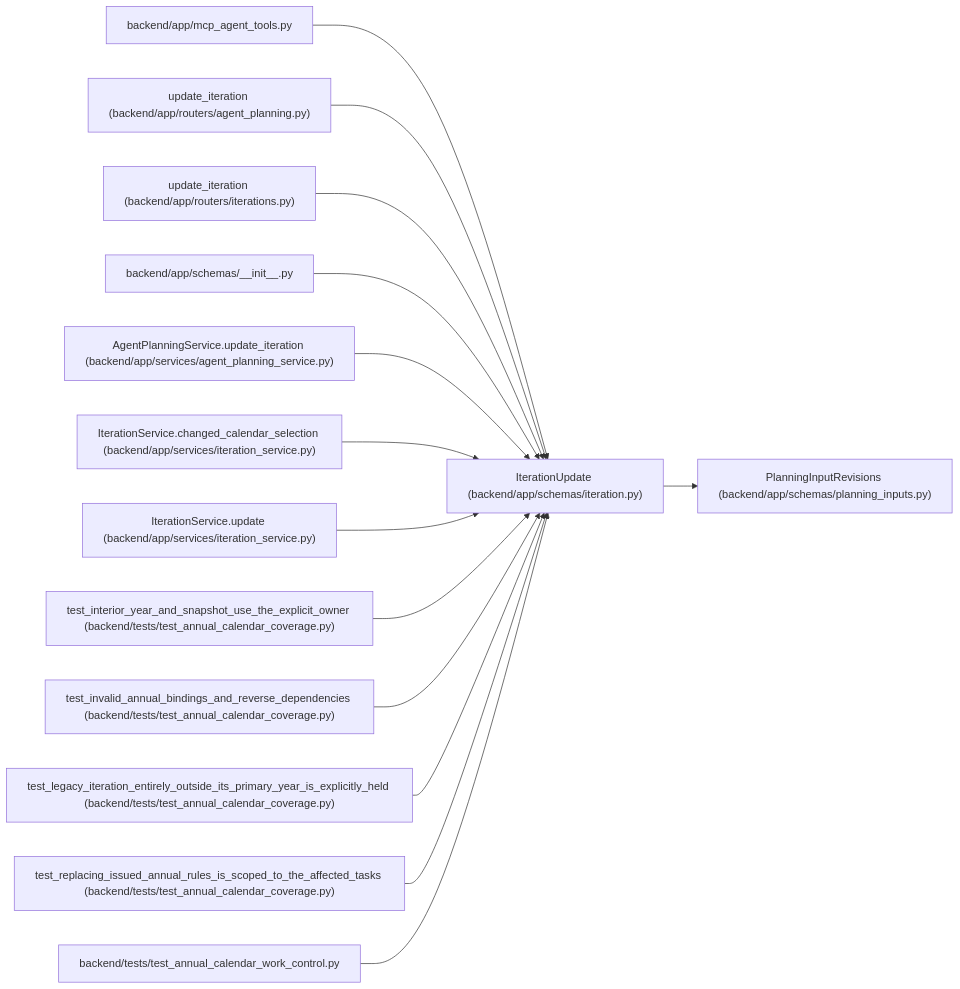
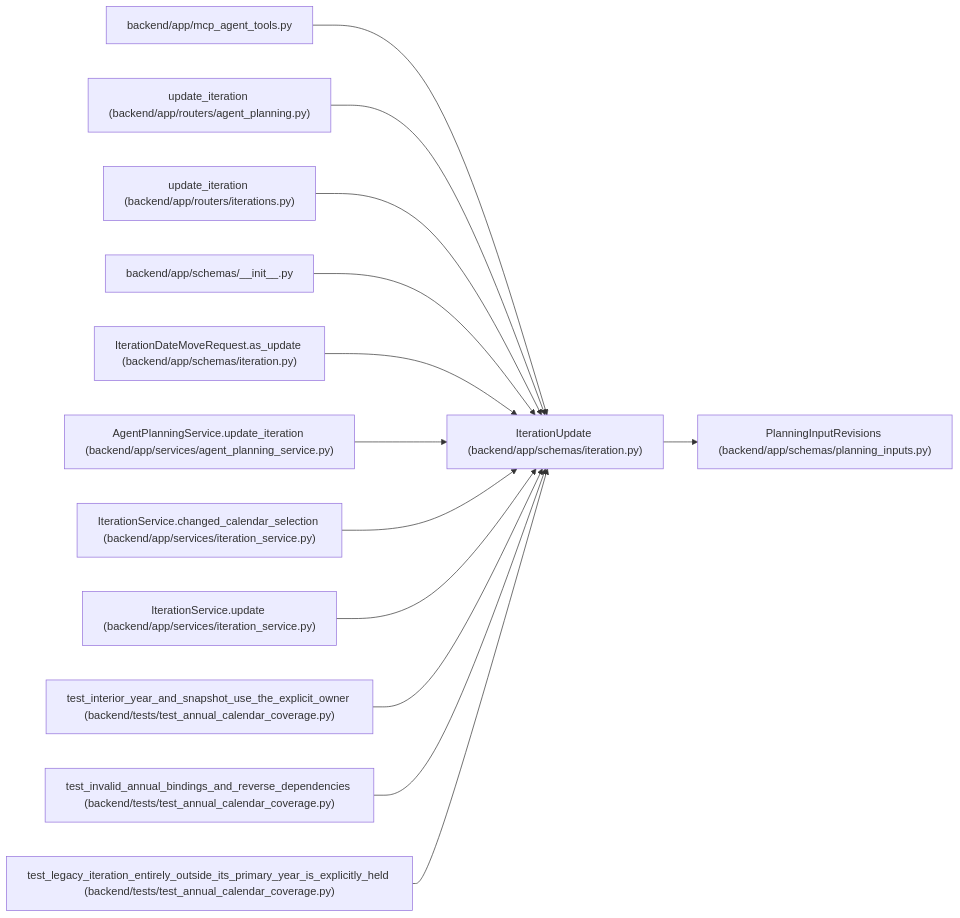
Before and after one commit to Denissvgn/WorkChord: the diagram in docs/llm_wiki/entities/schemas_iteration_IterationUpdate.md, drawn with Mermaid. The commit also changed other lines of this file and 1817 other files, not shown here.

First line of the commit message:
Refresh the architectural wiki for the 1.9.0 changes

````diff
--- a/docs/llm_wiki/entities/schemas_iteration_IterationUpdate.md
+++ b/docs/llm_wiki/entities/schemas_iteration_IterationUpdate.md
@@ -31,44 +31,41 @@
 ```mermaid
 flowchart LR
     n0["IterationUpdate (backend/app/schemas/iteration.py)"]
     n1["PlanningInputRevisions (backend/app/schemas/planning_inputs.py)"]
     n2["backend/app/mcp_agent_tools.py"]
     n3["update_iteration (backend/app/routers/agent_planning.py)"]
     n4["update_iteration (backend/app/routers/iterations.py)"]
     n5["backend/app/schemas/__init__.py"]
-    n6["AgentPlanningService.update_iteration (backend/app/services/agent_planning_service.py)"]
-    n7["IterationService.changed_calendar_selection (backend/app/services/iteration_service.py)"]
-    n8["IterationService.update (backend/app/services/iteration_service.py)"]
-    n9["test_interior_year_and_snapshot_use_the_explicit_owner (backend/tests/test_annual_calendar_coverage.py)"]
-    n10["test_invalid_annual_bindings_and_reverse_dependencies (backend/tests/test_annual_calendar_coverage.py)"]
-    n11["test_legacy_iteration_entirely_outside_its_primary_year_is_explicitly_held (backend/tests/test_annual_calendar_coverage.py)"]
-    n12["test_replacing_issued_annual_rules_is_scoped_to_the_affected_tasks (backend/tests/test_annual_calendar_coverage.py)"]
-    n13["backend/tests/test_annual_calendar_work_control.py"]
+    n6["IterationDateMoveRequest.as_update (backend/app/schemas/iteration.py)"]
+    n7["AgentPlanningService.update_iteration (backend/app/services/agent_planning_service.py)"]
+    n8["IterationService.changed_calendar_selection (backend/app/services/iteration_service.py)"]
+    n9["IterationService.update (backend/app/services/iteration_service.py)"]
+    n10["test_interior_year_and_snapshot_use_the_explicit_owner (backend/tests/test_annual_calendar_coverage.py)"]
+    n11["test_invalid_annual_bindings_and_reverse_dependencies (backend/tests/test_annual_calendar_coverage.py)"]
+    n12["test_legacy_iteration_entirely_outside_its_primary_year_is_explicitly_held (backend/tests/test_annual_calendar_coverage.py)"]
     n0 --> n1
     n2 --> n0
     n3 --> n0
     n4 --> n0
     n5 --> n0
     n6 --> n0
     n7 --> n0
     n8 --> n0
     n9 --> n0
     n10 --> n0
     n11 --> n0
     n12 --> n0
-    n13 --> n0
     click n0 "../modules/schemas_iteration.md"
     click n1 "../modules/planning_inputs.md"
     click n2 "../modules/mcp_agent_tools.md"
     click n3 "../modules/routers_agent_planning.md"
     click n4 "../modules/iterations.md"
     click n5 "../modules/schemas___init__.md"
-    click n6 "../modules/agent_planning_service.md"
-    click n7 "../modules/iteration_service.md"
+    click n6 "../modules/schemas_iteration.md"
+    click n7 "../modules/agent_planning_service.md"
     click n8 "../modules/iteration_service.md"
-    click n9 "../modules/test_annual_calendar_coverage.md"
+    click n9 "../modules/iteration_service.md"
     click n10 "../modules/test_annual_calendar_coverage.md"
     click n11 "../modules/test_annual_calendar_coverage.md"
     click n12 "../modules/test_annual_calendar_coverage.md"
-    click n13 "../modules/test_annual_calendar_work_control.md"
 ```
````
